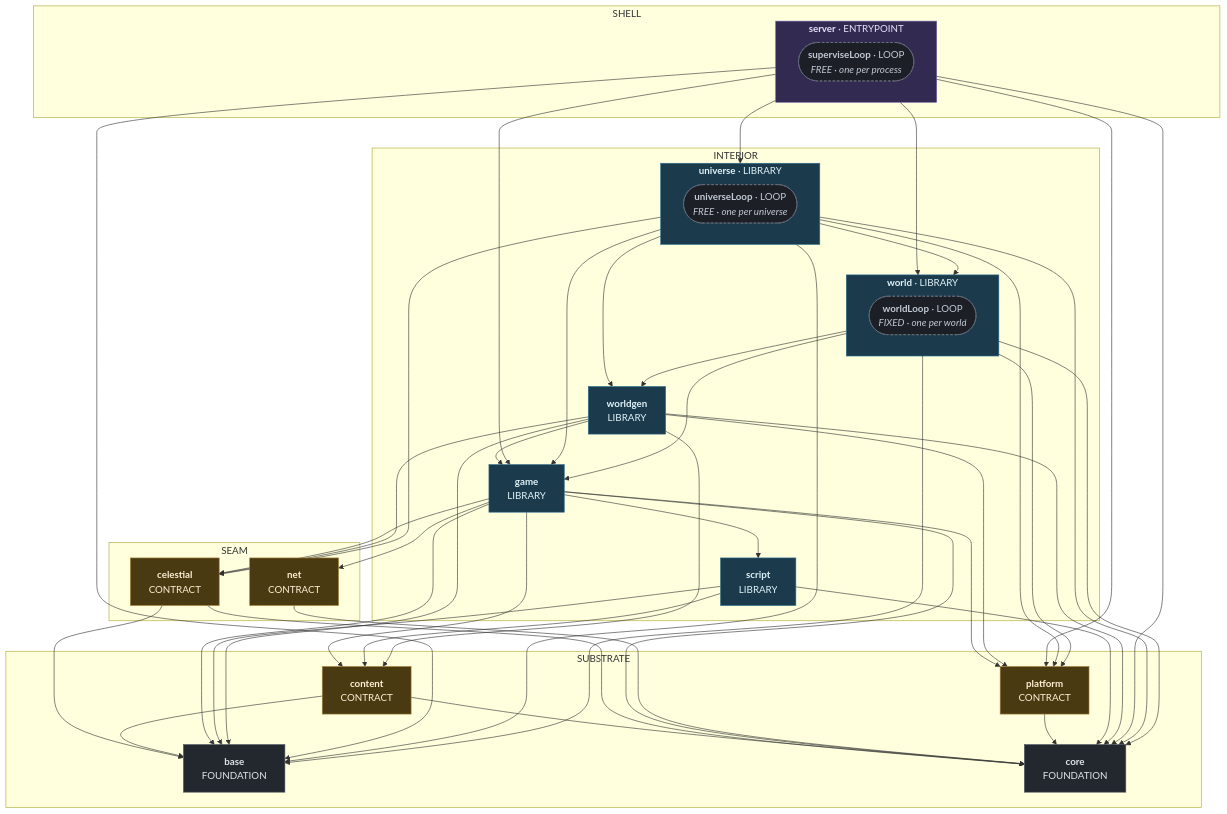
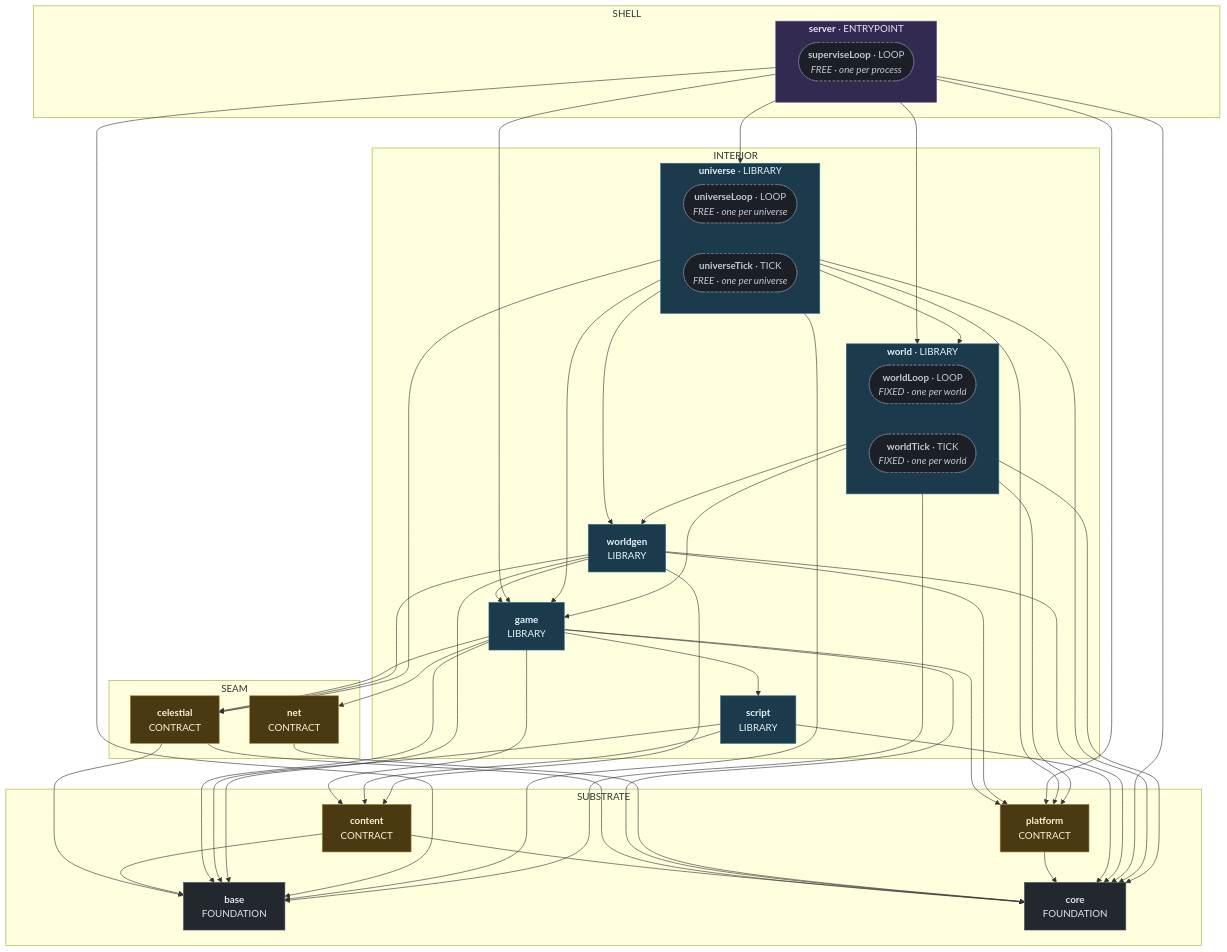
One commit to apnex/OpenStarbound changed the ninth of 10 diagrams in docs/superpowers/specs/2026-08-01-sovereign-headless-client-design.md. Above: the diagram before and after it, drawn with Mermaid. The commit also changed other lines of this file and 5 other files, not shown here.

First line of the commit message:
spec: the SDL host owns a window, not a graphics API — swapTick moves to `gpu`

````diff
--- a/docs/superpowers/specs/2026-08-01-sovereign-headless-client-design.md
+++ b/docs/superpowers/specs/2026-08-01-sovereign-headless-client-design.md
@@ -2303,9 +2393,11 @@
     script["<b>script</b><br/>LIBRARY"]
     subgraph universe ["<b>universe</b> · LIBRARY"]
       universe_universeLoop(["<b>universeLoop</b> · LOOP<br/><i>FREE · one per universe</i>"])
+      universe_universeTick(["<b>universeTick</b> · TICK<br/><i>FREE · one per universe</i>"])
     end
     subgraph world ["<b>world</b> · LIBRARY"]
       world_worldLoop(["<b>worldLoop</b> · LOOP<br/><i>FIXED · one per world</i>"])
+      world_worldTick(["<b>worldTick</b> · TICK<br/><i>FIXED · one per world</i>"])
     end
     worldgen["<b>worldgen</b><br/>LIBRARY"]
   end
@@ -2364,5 +2456,5 @@
   class celestial,content,net,platform kContract
   class game,script,universe,world,worldgen kLibrary
   class server kEntrypoint
-  class server_superviseLoop,universe_universeLoop,world_worldLoop kElement
+  class server_superviseLoop,universe_universeLoop,universe_universeTick,world_worldLoop,world_worldTick kElement
 ```
````
